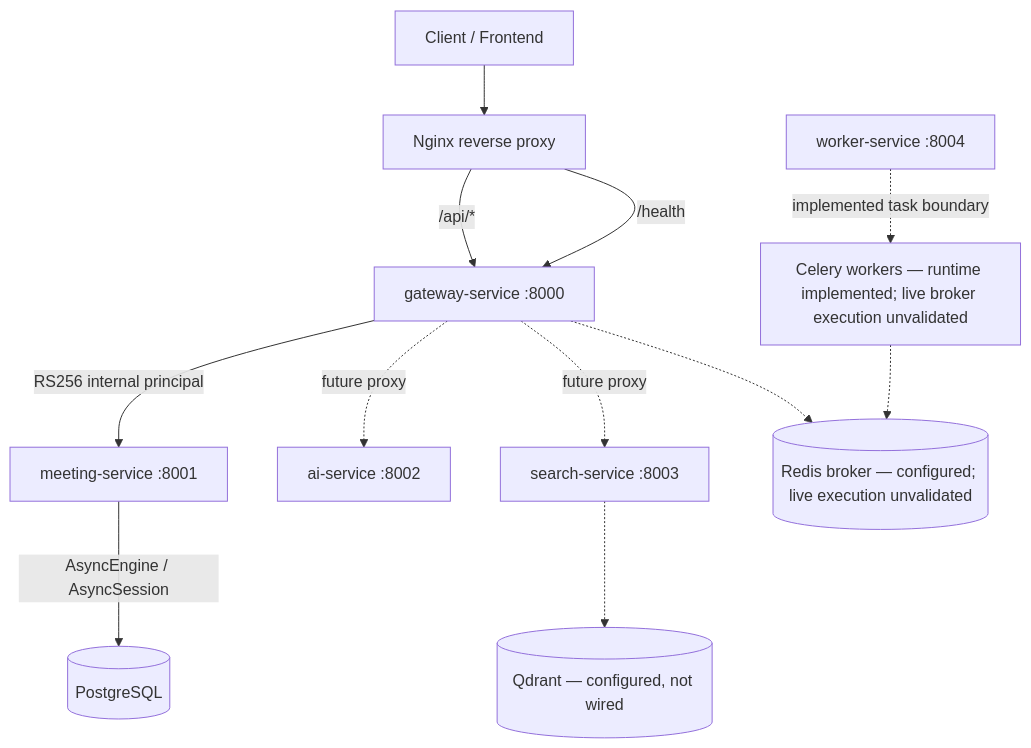
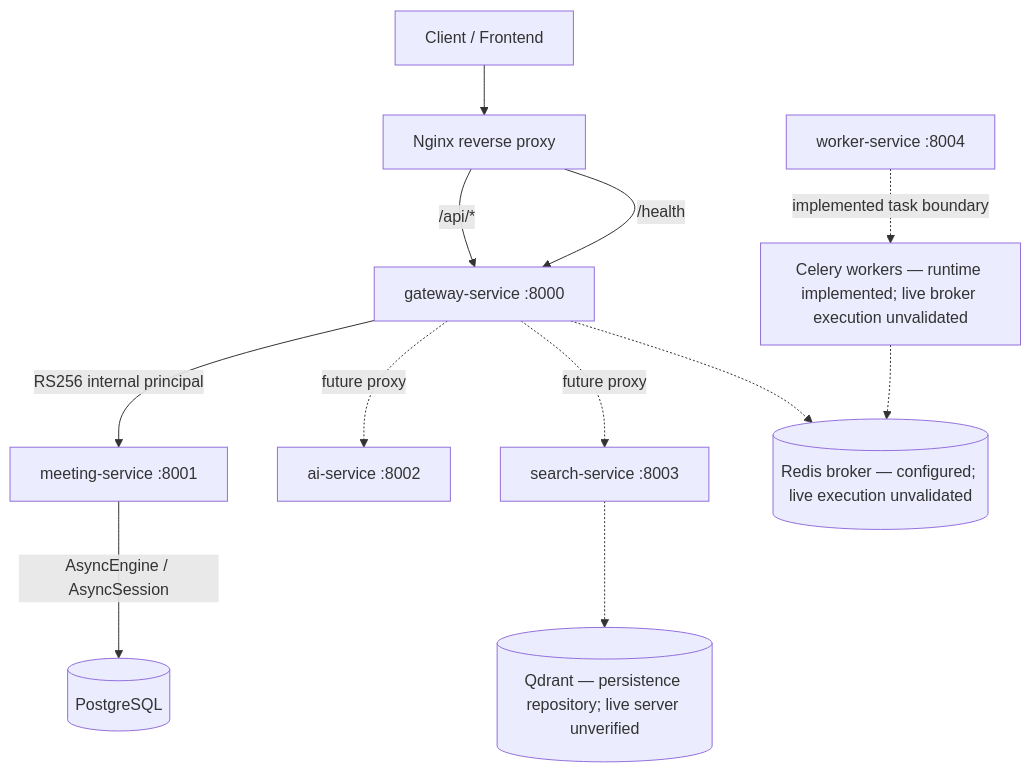
One commit to MeghnaTomar17/meeting-summarizer-follow-up-ai-agent changed the diagram in docs/architecture/project-foundation.md. Above: the diagram before and after it, drawn with Mermaid. The commit also changed other lines of this file and 10 other files, not shown here.

````diff
--- a/docs/architecture/project-foundation.md
+++ b/docs/architecture/project-foundation.md
@@ -62,29 +88,29 @@
 ```mermaid
 flowchart TB
     Client[Client / Frontend]
     Nginx[Nginx reverse proxy]
     Gateway[gateway-service :8000]
     Meeting[meeting-service :8001]
     AI[ai-service :8002]
     Search[search-service :8003]
     Worker[worker-service :8004]
 
     PG[(PostgreSQL)]
     Redis[(Redis broker — configured; live execution unvalidated)]
-    Qdrant[(Qdrant — configured, not wired)]
+    Qdrant[(Qdrant — persistence repository; live server unverified)]
     Celery[Celery workers — runtime implemented; live broker execution unvalidated]
 
     Client --> Nginx
     Nginx -->|"/api/*"| Gateway
     Nginx -->|"/health"| Gateway
 
     Gateway -->|RS256 internal principal| Meeting
     Gateway -.->|future proxy| AI
     Gateway -.->|future proxy| Search
 
     Meeting -->|AsyncEngine / AsyncSession| PG
     Worker -.->|implemented task boundary| Celery
     Celery -.-> Redis
     Search -.-> Qdrant
     Gateway -.-> Redis
 ```
````
